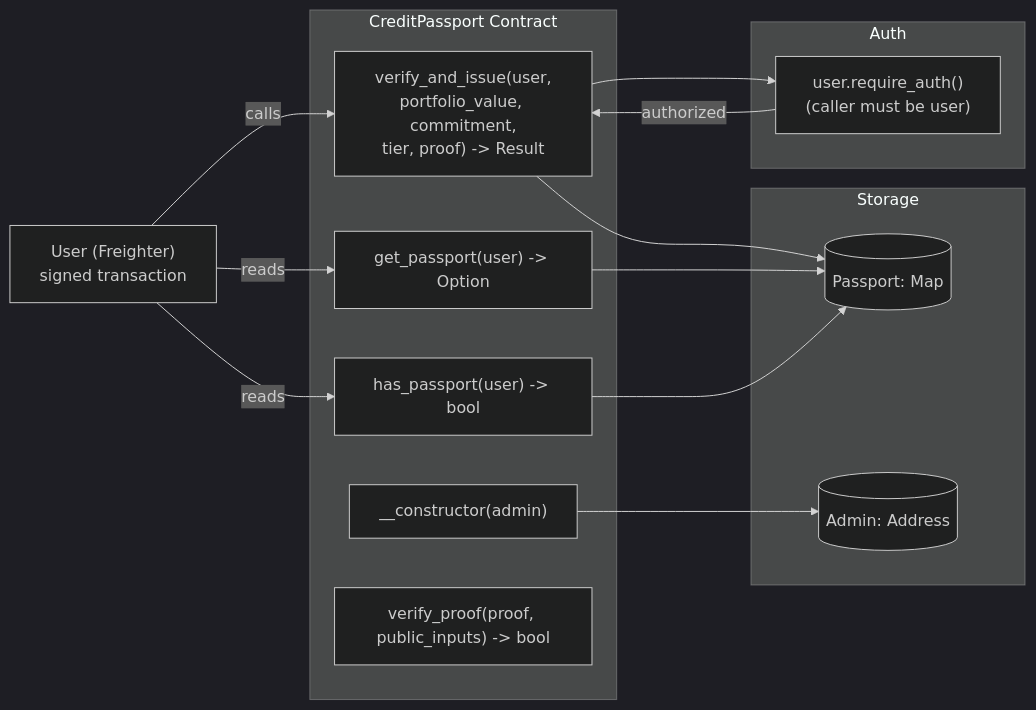
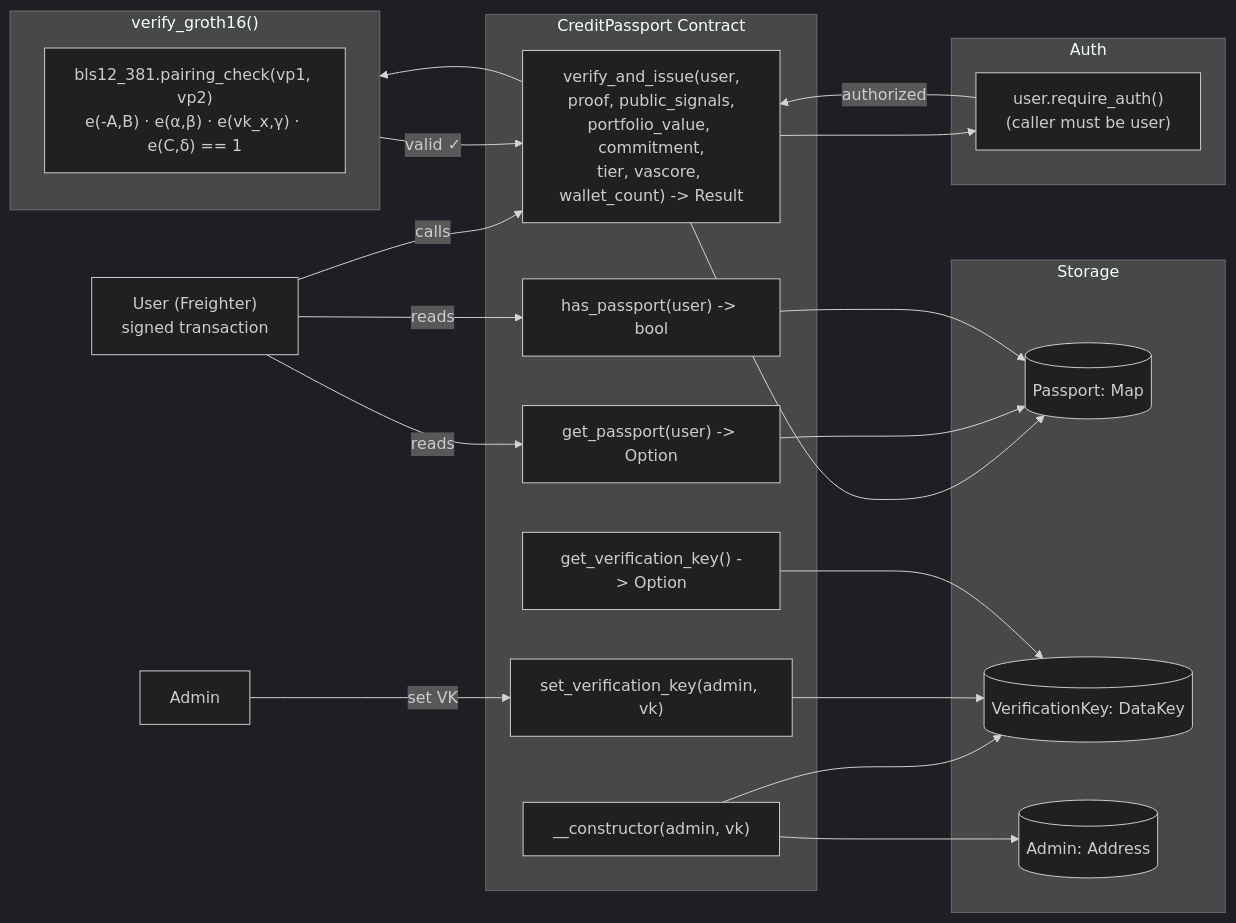
The first of 3 diagrams in contracts/credit-passport/README.md (calebomondi/Credence), drawn with Mermaid (dark theme) before and after one commit. The commit also changed other lines of this file, not shown here.

Commit message:
Update README.md to enhance documentation on Credit Passport contract, including detailed descriptions of verification key structure, function signatures, and on-chain Groth16 verification process.

````diff
--- a/contracts/credit-passport/README.md
+++ b/contracts/credit-passport/README.md
@@ -7,30 +7,42 @@
 ```mermaid
 flowchart LR
   subgraph Contract["CreditPassport Contract"]
-    CI["__constructor(admin)"]
-    VI["verify_and_issue(user,<br/>portfolio_value, commitment,<br/>tier, proof) -> Result"]
+    CI["__constructor(admin, vk)"]
+    VI["verify_and_issue(user,<br/>proof, public_signals,<br/>portfolio_value, commitment,<br/>tier, vascore, wallet_count) -> Result"]
     GP["get_passport(user) -> Option<PassportMetadata>"]
     HP["has_passport(user) -> bool"]
-    VP["verify_proof(proof, public_inputs) -> bool"]
+    SVK["set_verification_key(admin, vk)"]
+    GVK["get_verification_key() -> Option<VerificationKey>"]
   end
 
   subgraph Storage
     SM[("Passport: Map<Address, PassportMetadata>")]
+    VK[("VerificationKey: DataKey")]
     ADM[("Admin: Address")]
   end
 
   subgraph Auth
     REQ["user.require_auth()<br/>(caller must be user)"]
   end
 
+  subgraph Verify["verify_groth16()"]
+    PAIR["bls12_381.pairing_check(vp1, vp2)<br/>e(-A,B) · e(α,β) · e(vk_x,γ) · e(C,δ) == 1"]
+  end
+
   USR["User (Freighter)<br/>signed transaction"] -->|"calls"| VI
   USR -->|"reads"| GP
   USR -->|"reads"| HP
+  ADMN["Admin"] -->|"set VK"| SVK
 
   VI --> REQ
   REQ -->|"authorized"| VI
+  VI --> Verify
+  Verify -->|"valid ✓"| VI
   VI --> SM
   CI --> ADM
+  CI --> VK
+  SVK --> VK
+  GVK --> VK
   GP --> SM
   HP --> SM
 ```
````
